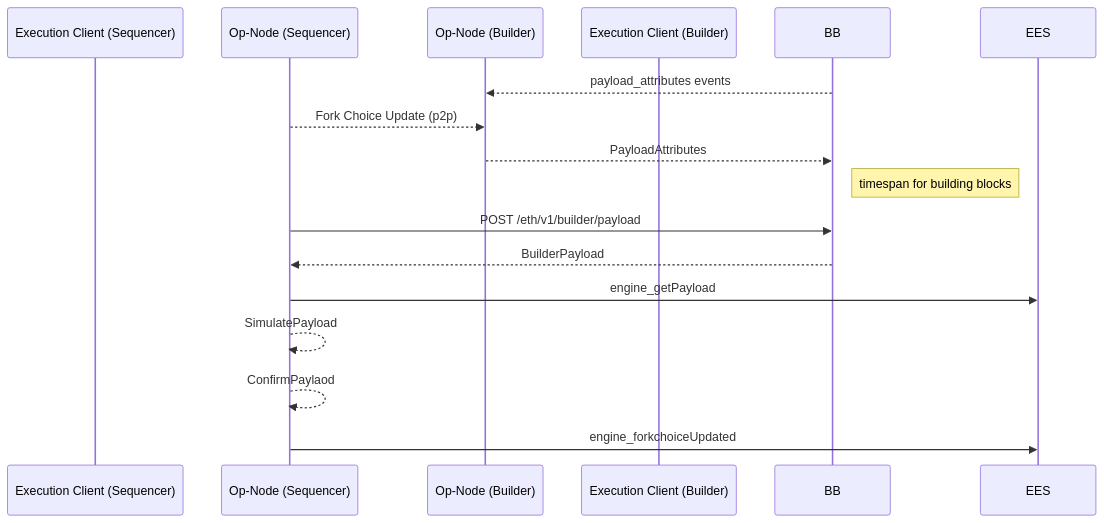
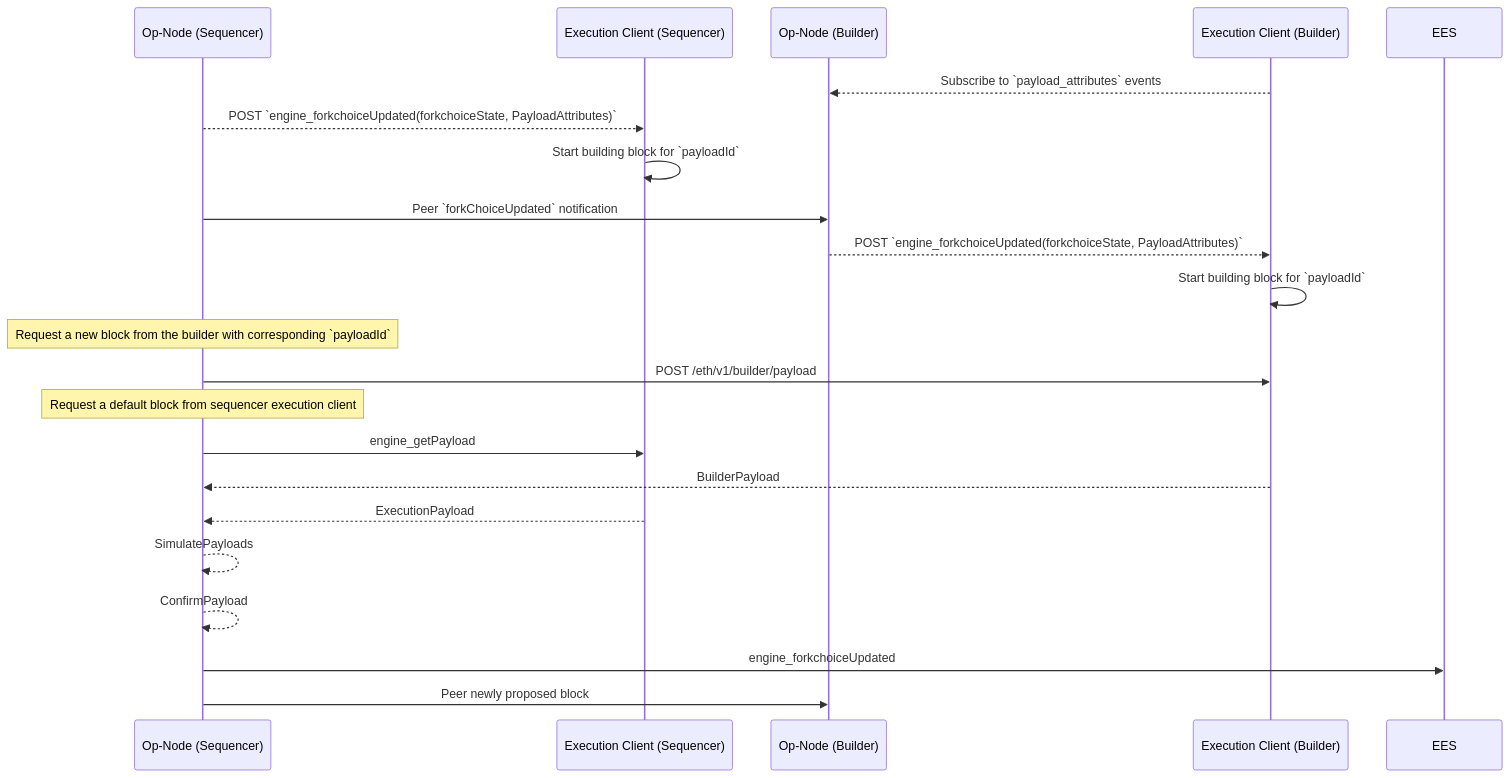
Before and after one commit to yash02896/world-chain: the diagram in world-chain-builder/README.md, drawn with Mermaid.

Commit message:
update sequence diagram

````diff
--- a/world-chain-builder/README.md
+++ b/world-chain-builder/README.md
@@ -15,19 +15,32 @@
 ```mermaid
 sequenceDiagram
+    participant OPS as Op-Node (Sequencer)
     participant ELS as Execution Client (Sequencer)
-    participant OPS as Op-Node (Sequencer)
     participant OPB as Op-Node (Builder)
     participant ELB as Execution Client (Builder)
+
+    %% Do we need this? Can the payload attributes just be sent with the fcu?
+    ELB-->>OPB: Subscribe to `payload_attributes` events
+
+    OPS-->>ELS: POST `engine_forkchoiceUpdated(forkchoiceState, PayloadAttributes)`
+    ELS->>ELS: Start building block for `payloadId`
+
+    OPS->>OPB: Peer `forkChoiceUpdated` notification
+    OPB-->>ELB: POST `engine_forkchoiceUpdated(forkchoiceState, PayloadAttributes)`
+    ELB->>ELB: Start building block for `payloadId`
     
-    BB-->>OPB: payload_attributes events
-    OPS-->> OPB: Fork Choice Update (p2p)
-    OPB-->>BB: PayloadAttributes
-    
-    Note right of BB: timespan for building blocks
-    OPS->> BB: POST /eth/v1/builder/payload
-    BB-->>OPS: BuilderPayload
-    OPS->> EES: engine_getPayload
-    OPS-->>OPS: SimulatePayload
-    OPS-->>OPS: ConfirmPaylaod
+    Note over OPS: Request a new block from the builder with corresponding `payloadId`
+    OPS->> ELB: POST /eth/v1/builder/payload
+    Note over OPS: Request a default block from sequencer execution client
+    OPS->> ELS: engine_getPayload
+
+    ELB-->>OPS: BuilderPayload
+    ELS-->>OPS: ExecutionPayload
+
+    OPS-->>OPS: SimulatePayloads
+    OPS-->>OPS: ConfirmPayload
     OPS ->> EES: engine_forkchoiceUpdated
+
+    %% Block propagation to peers
+    OPS->>OPB: Peer newly proposed block
 ```
````
